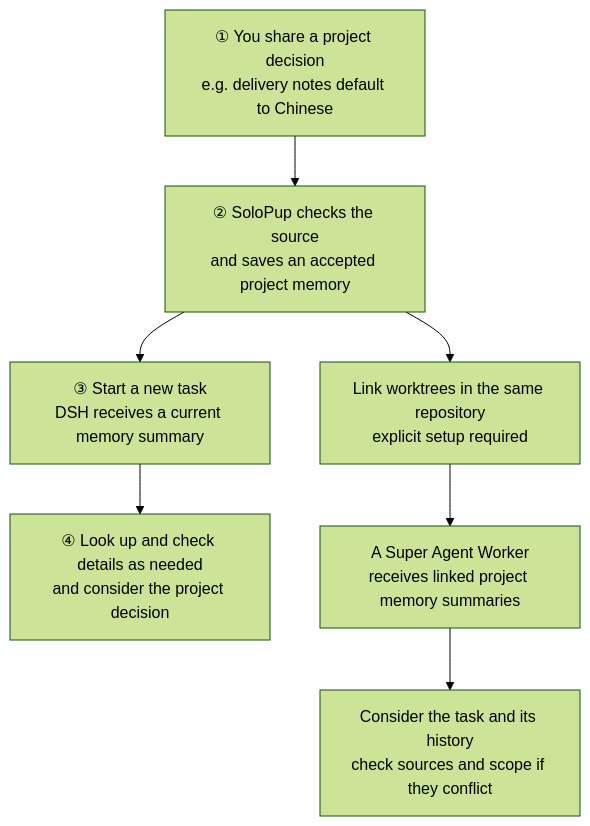
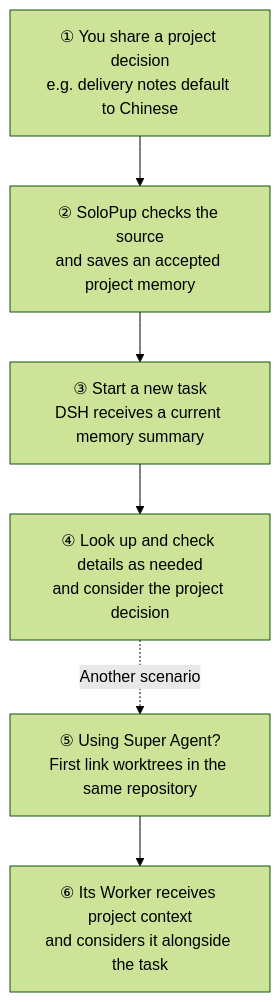
One commit to OakcoderX/solopup-memory changed the diagram in README.en.md. Above: the diagram before and after it, drawn with Mermaid (forest theme). The commit also changed 1 other file, not shown here.

Commit message:
Improve memory diagram for narrow screens

````diff
--- a/README.en.md
+++ b/README.en.md
@@ -11,9 +11,8 @@
 ```mermaid
 flowchart TD
     A["① You share a project decision<br/>e.g. delivery notes default to Chinese"] --> B["② SoloPup checks the source<br/>and saves an accepted project memory"]
     B --> C["③ Start a new task<br/>DSH receives a current memory summary"]
     C --> D["④ Look up and check details as needed<br/>and consider the project decision"]
-    B --> E["Link worktrees in the same repository<br/>explicit setup required"]
-    E --> F["A Super Agent Worker<br/>receives linked project memory summaries"]
-    F --> G["Consider the task and its history<br/>check sources and scope if they conflict"]
+    D -.->|Another scenario| E["⑤ Using Super Agent?<br/>First link worktrees in the same repository"]
+    E --> F["⑥ Its Worker receives project context<br/>and considers it alongside the task"]
 ```
````
